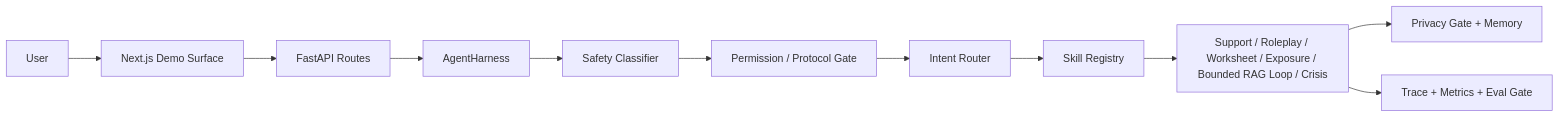
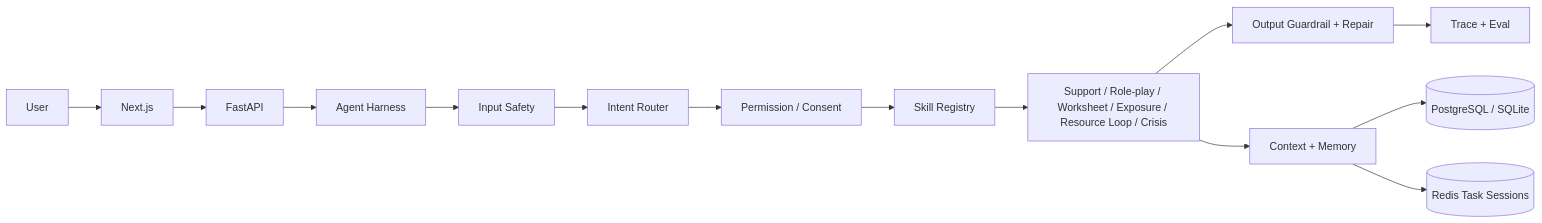
One commit to mortis-wakaba/socialease-agent changed the diagram in README.md. Above: the diagram before and after it, drawn with Mermaid. The commit also changed other lines of this file and 2 other files, not shown here.

Commit message:
docs: streamline setup and architecture documentation

````diff
--- a/README.md
+++ b/README.md
@@ -13,13 +9,16 @@
 ```mermaid
 flowchart LR
-    U[User] --> FE[Next.js Demo Surface]
-    FE --> API[FastAPI Routes]
-    API --> H[AgentHarness]
-    H --> S[Safety Classifier]
-    S --> P[Permission / Protocol Gate]
-    P --> R[Intent Router]
-    R --> K[Skill Registry]
-    K --> A[Support / Roleplay / Worksheet / Exposure / Bounded RAG Loop / Crisis]
-    A --> M[Privacy Gate + Memory]
-    A --> T[Trace + Metrics + Eval Gate]
+    U[User] --> FE[Next.js]
+    FE --> API[FastAPI]
+    API --> H[Agent Harness]
+    H --> S[Input Safety]
+    S --> R[Intent Router]
+    R --> P[Permission / Consent]
+    P --> K[Skill Registry]
+    K --> A[Support / Role-play / Worksheet / Exposure / Resource Loop / Crisis]
+    A --> O[Output Guardrail + Repair]
+    A --> M[Context + Memory]
+    O --> T[Trace + Eval]
+    M --> DB[(PostgreSQL / SQLite)]
+    M --> Redis[(Redis Task Sessions)]
 ```
````
